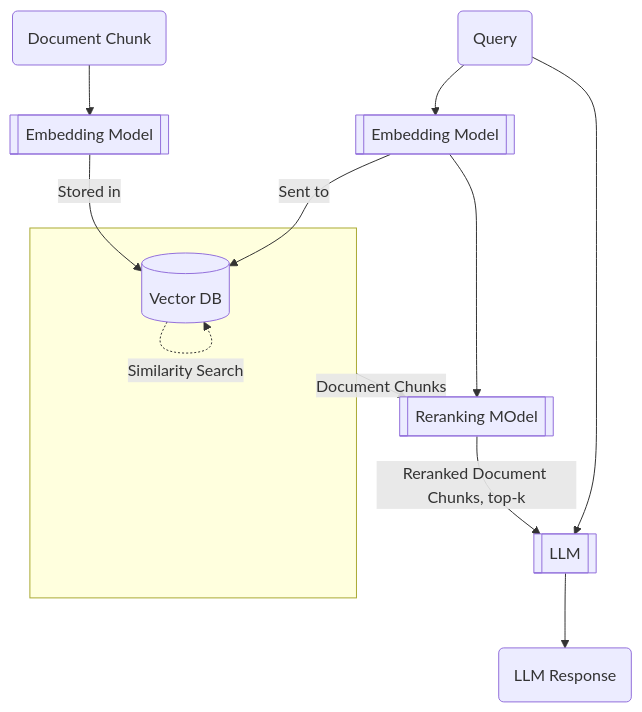
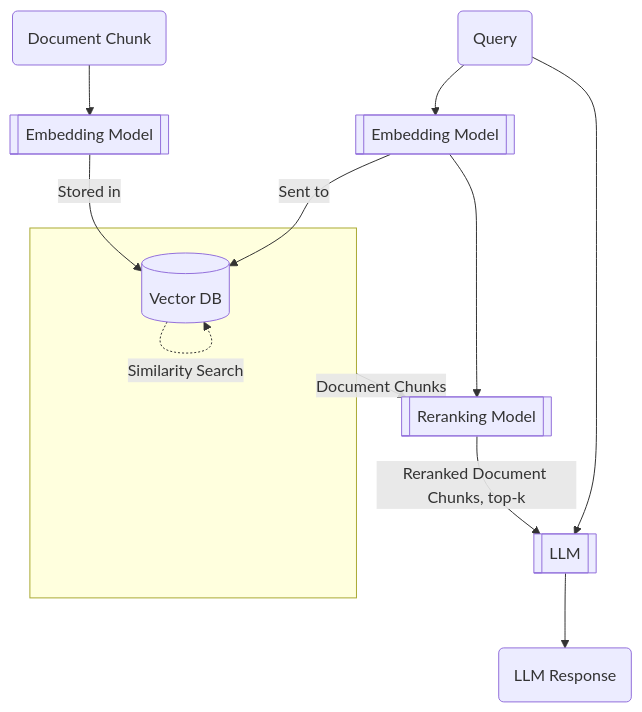
The second of 2 diagrams in content/blog/rag-rerank.md (amithmathew/amithmathew.github.io), drawn with Mermaid before and after one commit. The commit also changed 1 other file, not shown here.

````diff
--- a/content/blog/rag-rerank.md
+++ b/content/blog/rag-rerank.md
@@ -46,24 +46,24 @@
 ```mermaid
 flowchart TD
     id1(Document Chunk)
     id2[[Embedding Model]]
     id3[( Vector DB )]
     id5(Query)
     id6[[Embedding Model]]
     llm[[LLM]]
     resp(LLM Response)
 
     id1-->id2-- Stored in -->id3
     id5-->id6-- Sent to -->id3
     subgraph sg1 [" "]
     id3-. Similarity Search .->id3
     end
 
-    id7[[Reranking MOdel]]
+    id7[[Reranking Model]]
 
     sg1-- Document Chunks -->id7
     id6-->id7
     id7-- Reranked Document Chunks, top-k -->llm
     id5-->llm
     llm-->resp
 ```
````
